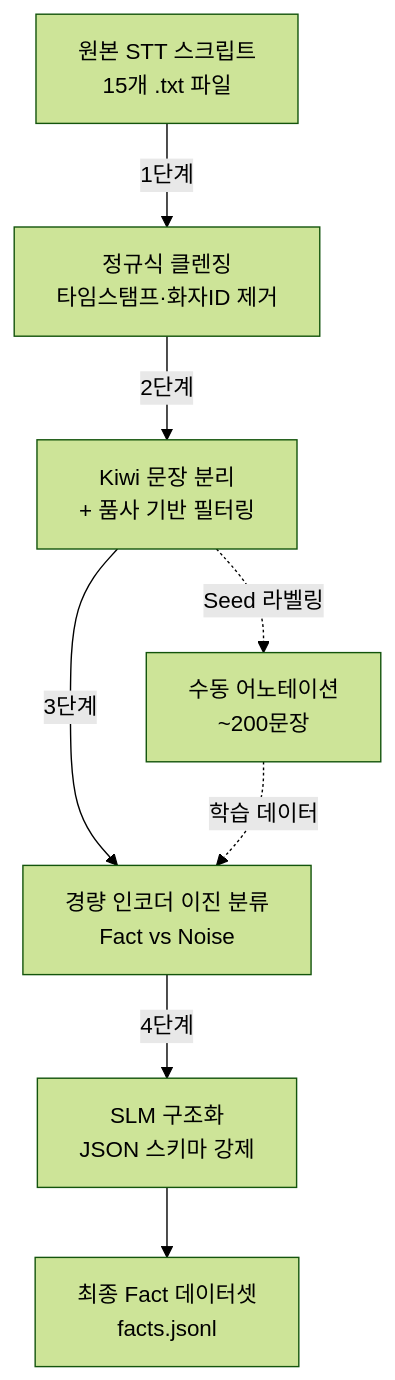
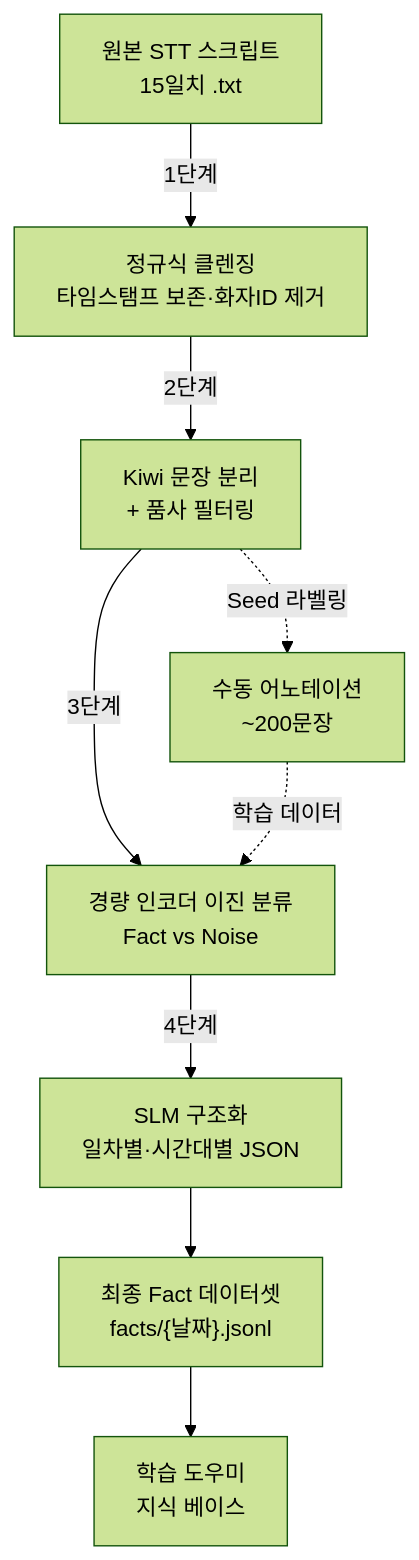
Before and after one commit to tell-me-lion/prototype00: the diagram in docs/사실데이터셋추출플랜.md, drawn with Mermaid (forest theme). The commit also changed other lines of this file, not shown here.

````diff
--- a/docs/사실데이터셋추출플랜.md
+++ b/docs/사실데이터셋추출플랜.md
@@ -45,11 +49,12 @@
 ```mermaid
 graph TD
-    A["원본 STT 스크립트<br/>15개 .txt 파일"] -->|"1단계"| B["정규식 클렌징<br/>타임스탬프·화자ID 제거"]
-    B -->|"2단계"| C["Kiwi 문장 분리<br/>+ 품사 기반 필터링"]
+    A["원본 STT 스크립트<br/>15일치 .txt"] -->|"1단계"| B["정규식 클렌징<br/>타임스탬프 보존·화자ID 제거"]
+    B -->|"2단계"| C["Kiwi 문장 분리<br/>+ 품사 필터링"]
     C -->|"3단계"| D["경량 인코더 이진 분류<br/>Fact vs Noise"]
-    D -->|"4단계"| E["SLM 구조화<br/>JSON 스키마 강제"]
-    E --> F["최종 Fact 데이터셋<br/>facts.jsonl"]
+    D -->|"4단계"| E["SLM 구조화<br/>일차별·시간대별 JSON"]
+    E --> F["최종 Fact 데이터셋<br/>facts/{날짜}.jsonl"]
+    F --> G["학습 도우미<br/>지식 베이스"]
     
-    C -.->|"Seed 라벨링"| G["수동 어노테이션<br/>~200문장"]
-    G -.->|"학습 데이터"| D
+    C -.->|"Seed 라벨링"| H["수동 어노테이션<br/>~200문장"]
+    H -.->|"학습 데이터"| D
 ```
````
